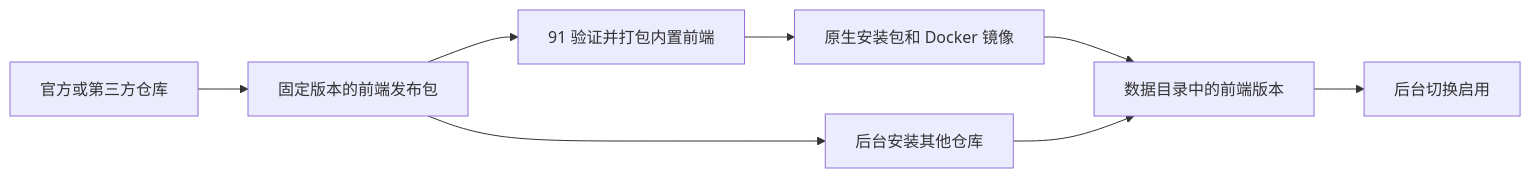
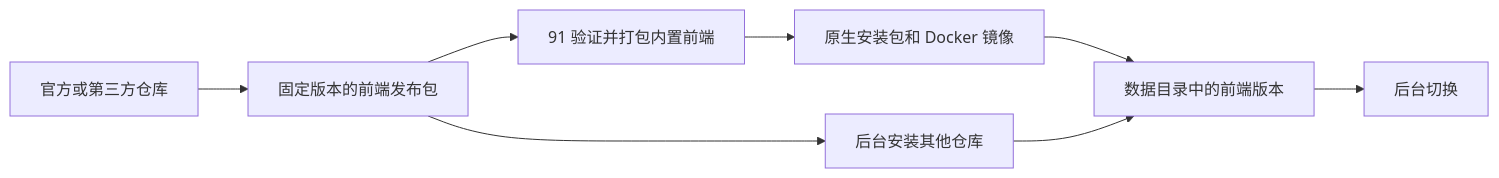
Before and after one commit to nianzhibai/91: the first of 2 diagrams in docs/FRONTEND_RELEASES.md, drawn with Mermaid. The commit also changed other lines of this file and 21 other files, not shown here.

````diff
--- a/docs/FRONTEND_RELEASES.md
+++ b/docs/FRONTEND_RELEASES.md
@@ -12,10 +12,10 @@
 ```mermaid
 flowchart LR
   W[官方或第三方仓库] --> R[固定版本的前端发布包]
   R --> P[91 验证并打包内置前端]
   P --> I[原生安装包和 Docker 镜像]
   I --> D[数据目录中的前端版本]
   R --> M[后台安装其他仓库]
   M --> D
-  D --> S[后台切换启用]
+  D --> S[后台切换]
 ```
````
